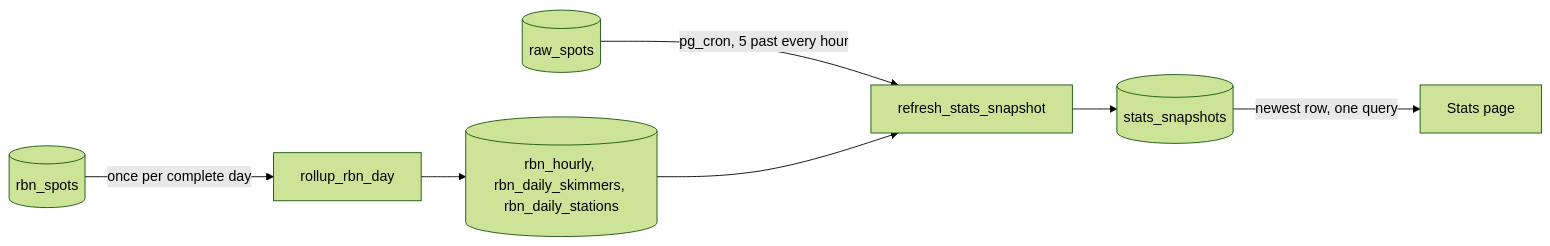
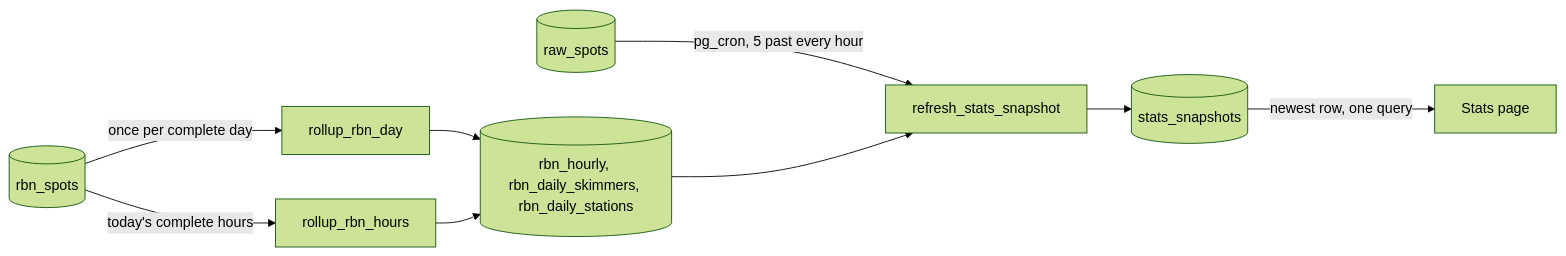
Before and after one commit to johnsonm/longlines: the fourth of 10 diagrams in docs/ARCHITECTURE.md, drawn with Mermaid (forest theme). The commit also changed other lines of this file and 8 other files, not shown here.

````diff
--- a/docs/ARCHITECTURE.md
+++ b/docs/ARCHITECTURE.md
@@ -270,9 +270,11 @@
 ```mermaid
 flowchart LR
   R[(raw_spots)] -->|pg_cron, 5 past every hour| F[refresh_stats_snapshot]
   RB[(rbn_spots)] -->|once per complete day| U[rollup_rbn_day]
+  RB -->|today's complete hours| UH[rollup_rbn_hours]
   U --> RR[(rbn_hourly, rbn_daily_skimmers, rbn_daily_stations)]
+  UH --> RR
   RR --> F
   F --> S[(stats_snapshots)]
   S -->|newest row, one query| W[Stats page]
 ```
````
